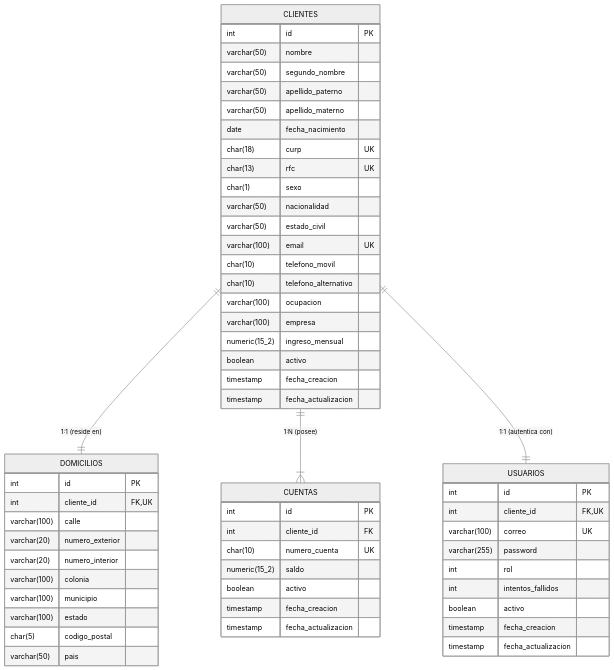
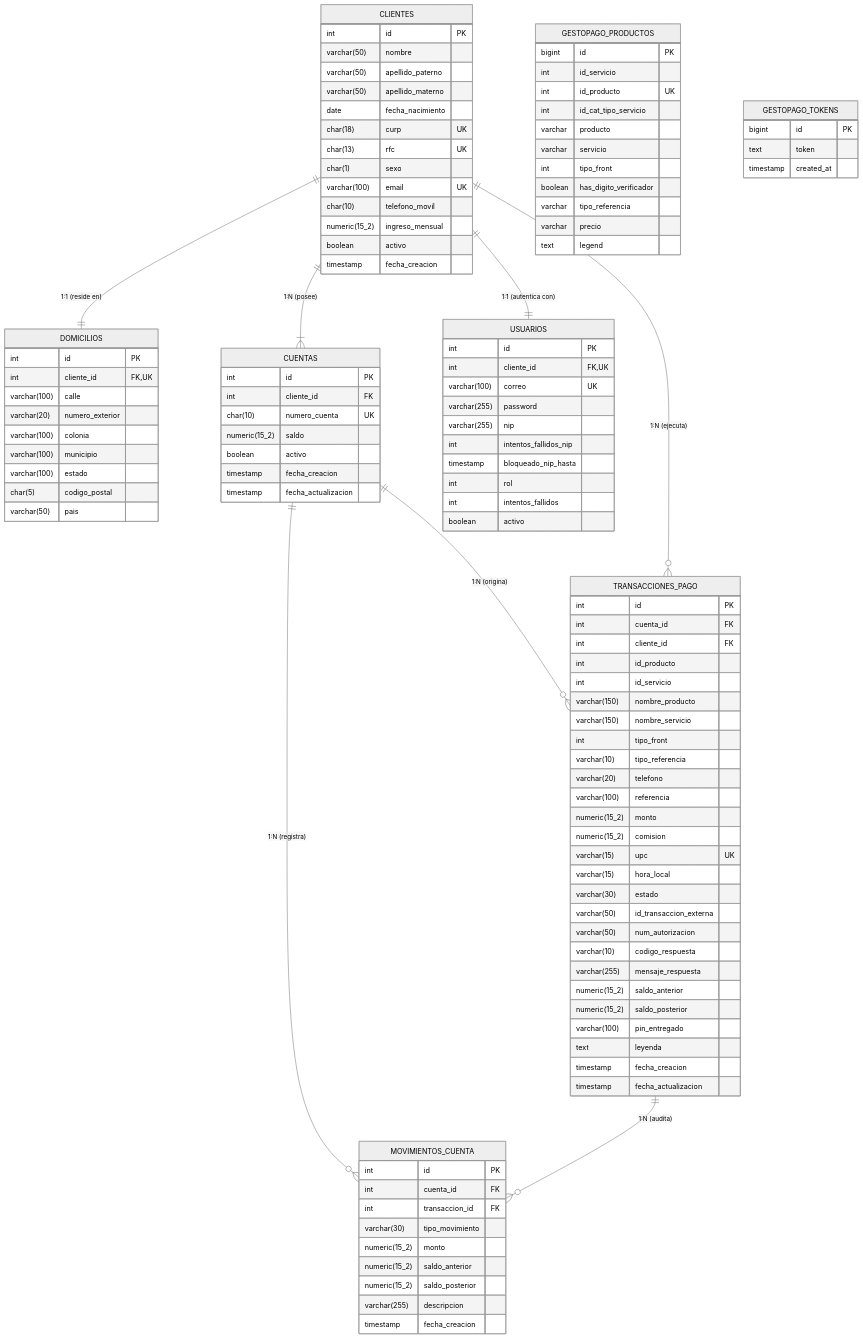
Before and after one commit to CatalinaDM/gestopago: the first of 3 diagrams in docs/DOCUMENTACION_TECNICA_ONBOARDING.md, drawn with Mermaid (neutral theme). The commit also changed other lines of this file and 81 other files, not shown here.

Commit message:
feat(pagos): integrar motor transaccional de pagos de servicios GestoPago (sendTx), NIP BCrypt y documentacion tecnica

````diff
--- a/docs/DOCUMENTACION_TECNICA_ONBOARDING.md
+++ b/docs/DOCUMENTACION_TECNICA_ONBOARDING.md
@@ -58,28 +52,25 @@
     CLIENTES ||--|| DOMICILIOS : "1:1 (reside en)"
     CLIENTES ||--|{ CUENTAS : "1:N (posee)"
     CLIENTES ||--|| USUARIOS : "1:1 (autentica con)"
+    CUENTAS ||--o{ TRANSACCIONES_PAGO : "1:N (origina)"
+    CLIENTES ||--o{ TRANSACCIONES_PAGO : "1:N (ejecuta)"
+    CUENTAS ||--o{ MOVIMIENTOS_CUENTA : "1:N (registra)"
+    TRANSACCIONES_PAGO ||--o{ MOVIMIENTOS_CUENTA : "1:N (audita)"
 
     CLIENTES {
         int id PK
         varchar(50) nombre
-        varchar(50) segundo_nombre
         varchar(50) apellido_paterno
         varchar(50) apellido_materno
         date fecha_nacimiento
         char(18) curp UK
         char(13) rfc UK
         char(1) sexo
-        varchar(50) nacionalidad
-        varchar(50) estado_civil
         varchar(100) email UK
         char(10) telefono_movil
-        char(10) telefono_alternativo
-        varchar(100) ocupacion
-        varchar(100) empresa
         numeric(15_2) ingreso_mensual
         boolean activo
         timestamp fecha_creacion
-        timestamp fecha_actualizacion
     }
 
     DOMICILIOS {
@@ -87,7 +78,6 @@
         int cliente_id FK,UK
         varchar(100) calle
         varchar(20) numero_exterior
-        varchar(20) numero_interior
         varchar(100) colonia
         varchar(100) municipio
         varchar(100) estado
@@ -110,10 +100,72 @@
         int cliente_id FK,UK
         varchar(100) correo UK
         varchar(255) password
+        varchar(255) nip
+        int intentos_fallidos_nip
+        timestamp bloqueado_nip_hasta
         int rol
         int intentos_fallidos
         boolean activo
+    }
+
+    TRANSACCIONES_PAGO {
+        int id PK
+        int cuenta_id FK
+        int cliente_id FK
+        int id_producto
+        int id_servicio
+        varchar(150) nombre_producto
+        varchar(150) nombre_servicio
+        int tipo_front
+        varchar(10) tipo_referencia
+        varchar(20) telefono
+        varchar(100) referencia
+        numeric(15_2) monto
+        numeric(15_2) comision
+        varchar(15) upc UK
+        varchar(15) hora_local
+        varchar(30) estado
+        varchar(50) id_transaccion_externa
+        varchar(50) num_autorizacion
+        varchar(10) codigo_respuesta
+        varchar(255) mensaje_respuesta
+        numeric(15_2) saldo_anterior
+        numeric(15_2) saldo_posterior
+        varchar(100) pin_entregado
+        text leyenda
         timestamp fecha_creacion
         timestamp fecha_actualizacion
     }
+
+    MOVIMIENTOS_CUENTA {
+        int id PK
+        int cuenta_id FK
+        int transaccion_id FK
+        varchar(30) tipo_movimiento
+        numeric(15_2) monto
+        numeric(15_2) saldo_anterior
+        numeric(15_2) saldo_posterior
+        varchar(255) descripcion
+        timestamp fecha_creacion
+    }
+
+    GESTOPAGO_PRODUCTOS {
+        bigint id PK
+        int id_servicio
+        int id_producto UK
+        int id_cat_tipo_servicio
+        varchar producto
+        varchar servicio
+        int tipo_front
+        boolean has_digito_verificador
+        varchar tipo_referencia
+        varchar precio
+        text legend
+    }
+
+    GESTOPAGO_TOKENS {
+        bigint id PK
+        text token
+        timestamp created_at
+    }
 ```
````
